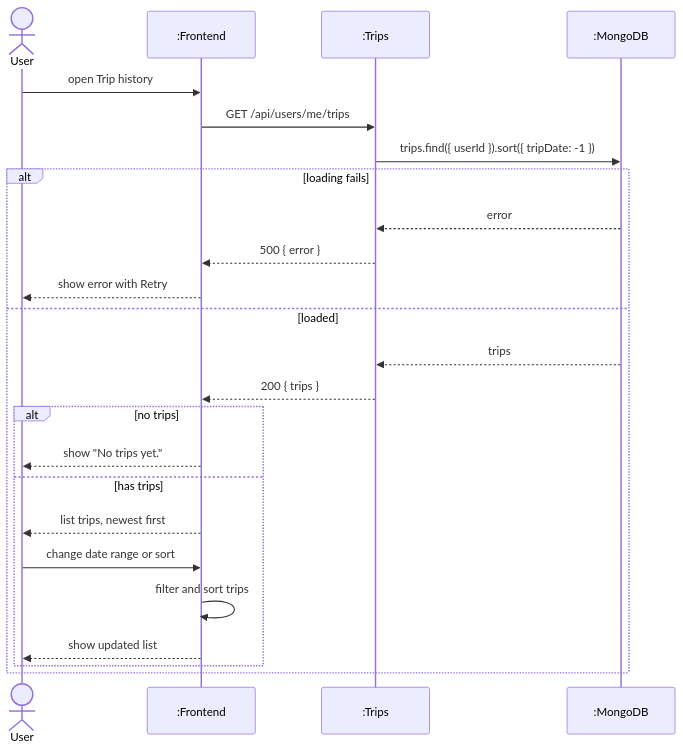
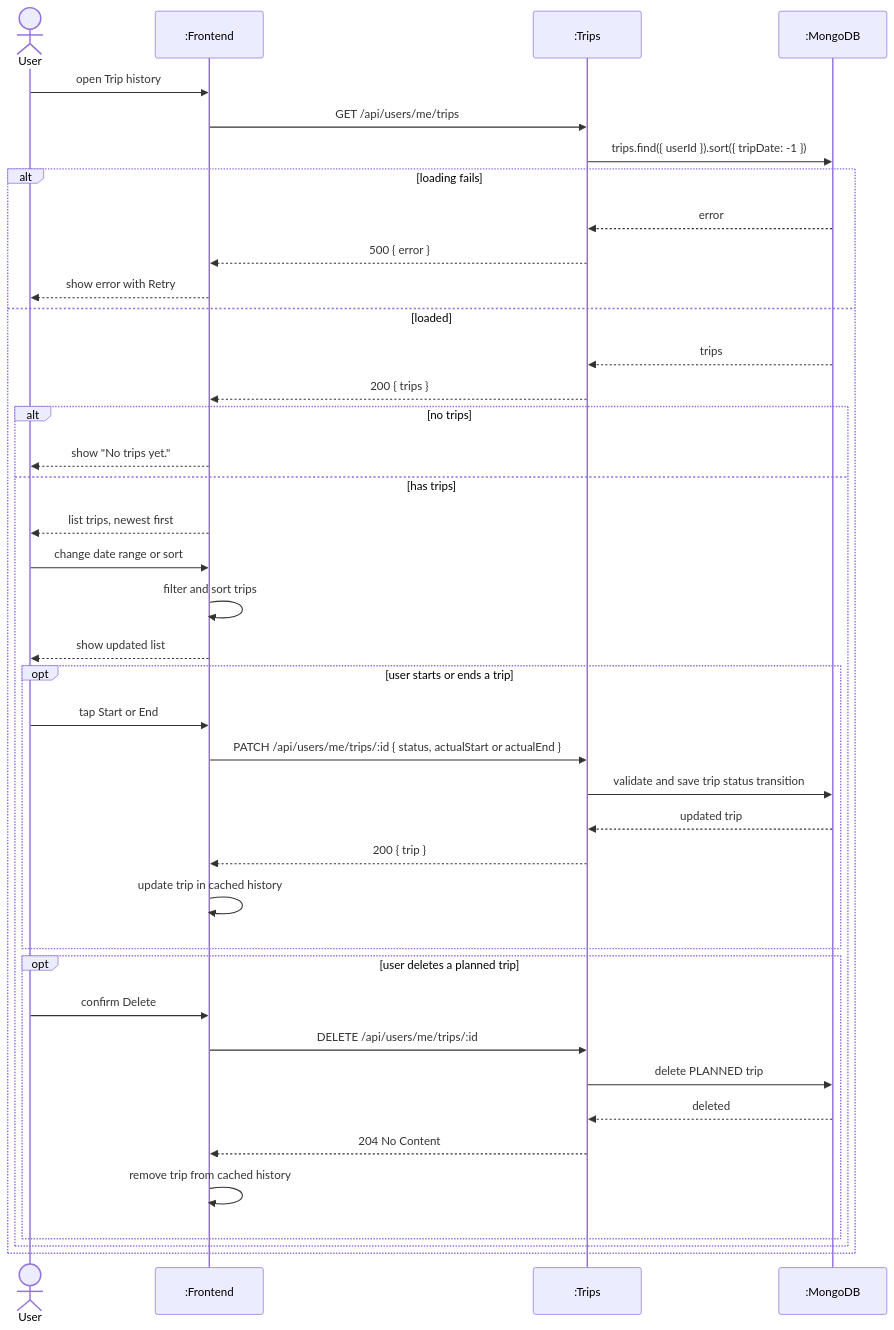
The fourth of 5 diagrams in documentation/Requirements_and_Design.md (adamdeleeuw/trailmix), drawn with Mermaid before and after one commit. The commit also changed other lines of this file, not shown here.

Commit message:
updated sequence diagrams

````diff
--- a/documentation/Requirements_and_Design.md
+++ b/documentation/Requirements_and_Design.md
@@ -465,27 +486,45 @@
 ```mermaid
 sequenceDiagram
     actor User
     participant App as :Frontend
     participant Trips as :Trips
     participant DB as :MongoDB
 
     User->>App: open Trip history
     App->>Trips: GET /api/users/me/trips
     Trips->>DB: trips.find({ userId }).sort({ tripDate: -1 })
     alt loading fails
         DB-->>Trips: error
         Trips-->>App: 500 { error }
         App-->>User: show error with Retry
     else loaded
         DB-->>Trips: trips
         Trips-->>App: 200 { trips }
         alt no trips
             App-->>User: show "No trips yet."
         else has trips
             App-->>User: list trips, newest first
             User->>App: change date range or sort
             App->>App: filter and sort trips
             App-->>User: show updated list
+
+            opt user starts or ends a trip
+                User->>App: tap Start or End
+                App->>Trips: PATCH /api/users/me/trips/:id { status, actualStart or actualEnd }
+                Trips->>DB: validate and save trip status transition
+                DB-->>Trips: updated trip
+                Trips-->>App: 200 { trip }
+                App->>App: update trip in cached history
+            end
+
+            opt user deletes a planned trip
+                User->>App: confirm Delete
+                App->>Trips: DELETE /api/users/me/trips/:id
+                Trips->>DB: delete PLANNED trip
+                DB-->>Trips: deleted
+                Trips-->>App: 204 No Content
+                App->>App: remove trip from cached history
+            end
         end
     end
 ```
````
